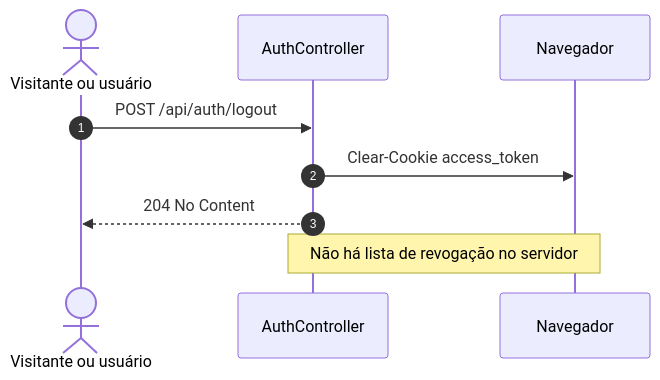
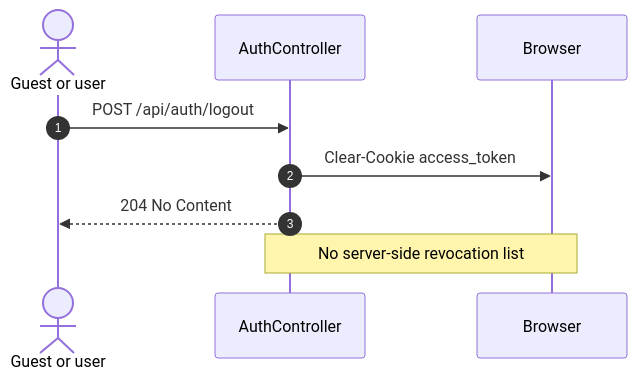
Before and after one commit to Lucalopezz/DevLog: the fourth of 6 diagrams in docs/diagrams/sequences/account-and-tags.md, drawn with Mermaid. The commit also changed other lines of this file and 235 other files, not shown here.

````diff
--- a/docs/diagrams/sequences/account-and-tags.md
+++ b/docs/diagrams/sequences/account-and-tags.md
@@ -103,12 +103,12 @@
 ```mermaid
 sequenceDiagram
     autonumber
-    actor Usuario as Visitante ou usuário
+    actor UserActor as Guest or user
     participant C as AuthController
-    participant Browser as Navegador
+    participant Browser as Browser
 
-    Usuario->>C: POST /api/auth/logout
+    UserActor->>C: POST /api/auth/logout
     C->>Browser: Clear-Cookie access_token
-    C-->>Usuario: 204 No Content
-    Note over C,Browser: Não há lista de revogação no servidor
+    C-->>UserActor: 204 No Content
+    Note over C,Browser: No server-side revocation list
 ```
````
